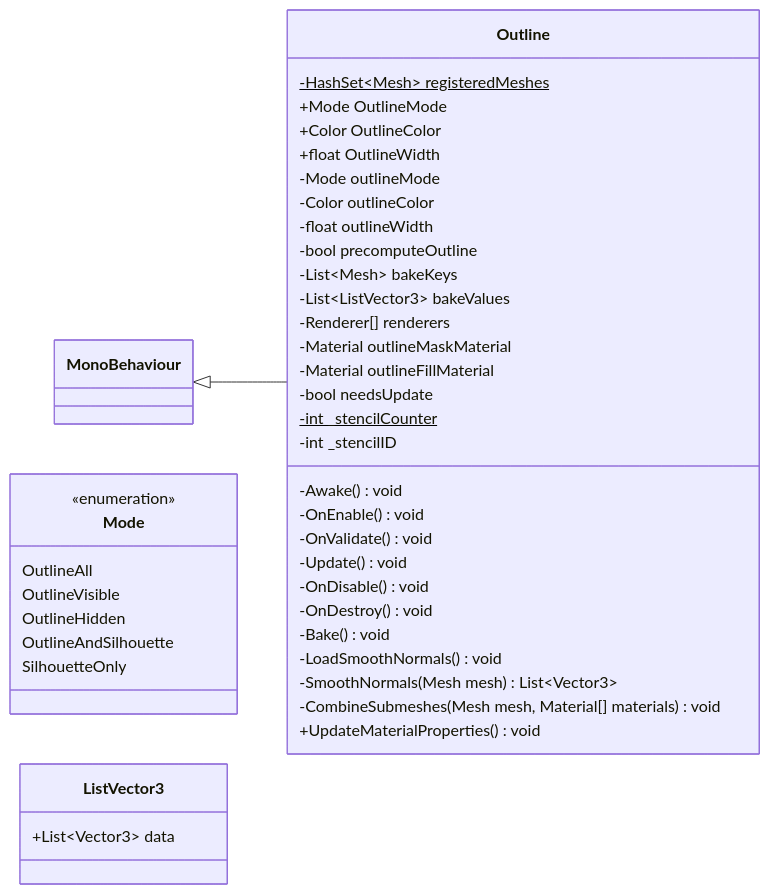
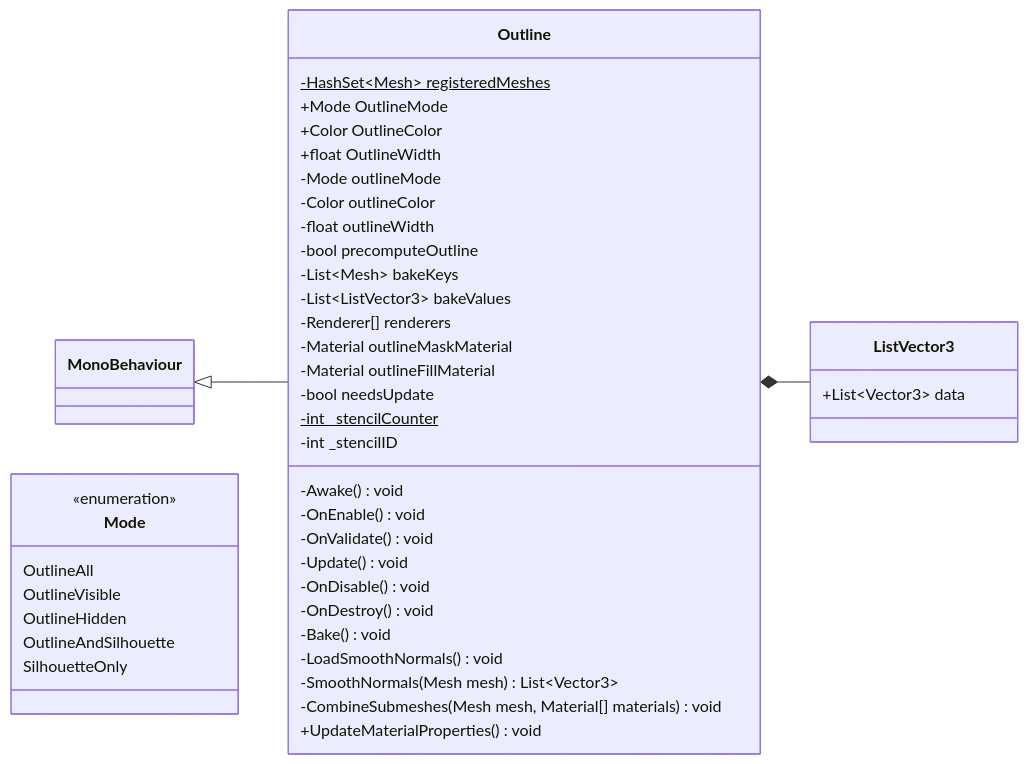
One commit to nchuoi2443/WaterConveyorSort changed the seventh of 7 diagrams in Docs/ClassDiagram.md. Above: the diagram before and after it, drawn with Mermaid. The commit also changed other lines of this file and 25 other files, not shown here.

````diff
--- a/Docs/ClassDiagram.md
+++ b/Docs/ClassDiagram.md
@@ -1134,45 +1240,46 @@
 ```mermaid
 classDiagram
 direction LR
 class Outline {
     -HashSet~Mesh~ registeredMeshes$
     +Mode OutlineMode
     +Color OutlineColor
     +float OutlineWidth
     -Mode outlineMode
     -Color outlineColor
     -float outlineWidth
     -bool precomputeOutline
     -List~Mesh~ bakeKeys
     -List~ListVector3~ bakeValues
     -Renderer[] renderers
     -Material outlineMaskMaterial
     -Material outlineFillMaterial
     -bool needsUpdate
     -int _stencilCounter$
     -int _stencilID
     -Awake() void
     -OnEnable() void
     -OnValidate() void
     -Update() void
     -OnDisable() void
     -OnDestroy() void
     -Bake() void
     -LoadSmoothNormals() void
     -SmoothNormals(Mesh mesh) List~Vector3~
     -CombineSubmeshes(Mesh mesh, Material[] materials) void
     +UpdateMaterialProperties() void
 }
 MonoBehaviour <|-- Outline
 class Mode {
     <<enumeration>>
     OutlineAll
     OutlineVisible
     OutlineHidden
     OutlineAndSilhouette
     SilhouetteOnly
 }
 class ListVector3 {
     +List~Vector3~ data
 }
+Outline *-- ListVector3
 ```
````
